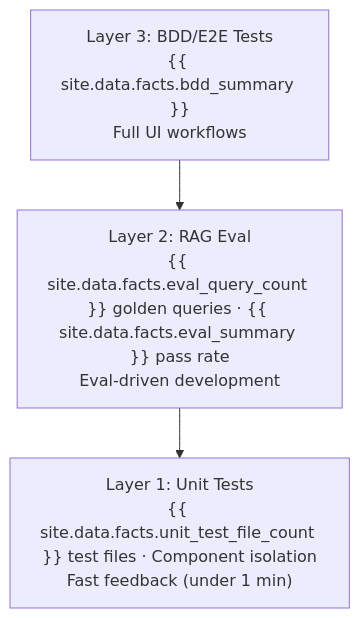
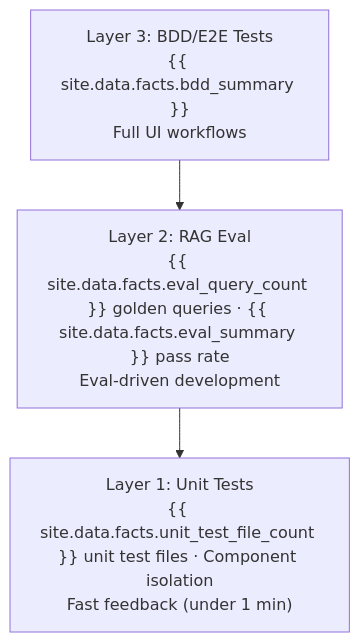
One commit to mcpugmire1/mattgpt-design-spec changed the diagram in docs/11-testing-and-quality.md. Above: the diagram before and after it, drawn with Mermaid. The commit also changed other lines of this file and 2 other files, not shown here.

Commit message:
Docs 04/11/12: cut roadmap/future-vision/cost sections, fix CI/CD prose; correct unenforced STAR governance claim and 5P metadata label in doc 04

```diff
--- a/docs/11-testing-and-quality.md
+++ b/docs/11-testing-and-quality.md
@@ -24,7 +24,7 @@
 <div class="mermaid">
 graph TD
     L3["Layer 3: BDD/E2E Tests<br/>{{ site.data.facts.bdd_summary }}<br/>Full UI workflows"]
     L2["Layer 2: RAG Eval<br/>{{ site.data.facts.eval_query_count }} golden queries · {{ site.data.facts.eval_summary }} pass rate<br/>Eval-driven development"]
-    L1["Layer 1: Unit Tests<br/>{{ site.data.facts.unit_test_file_count }} test files · Component isolation<br/>Fast feedback (under 1 min)"]
+    L1["Layer 1: Unit Tests<br/>{{ site.data.facts.unit_test_file_count }} unit test files · Component isolation<br/>Fast feedback (under 1 min)"]
     L3 --> L2 --> L1
 </div>
```
